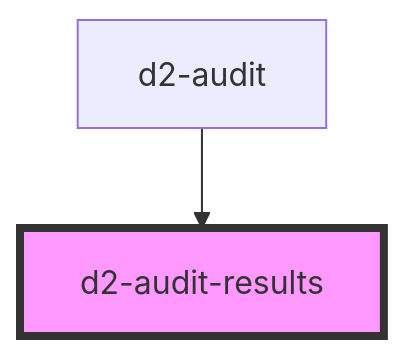
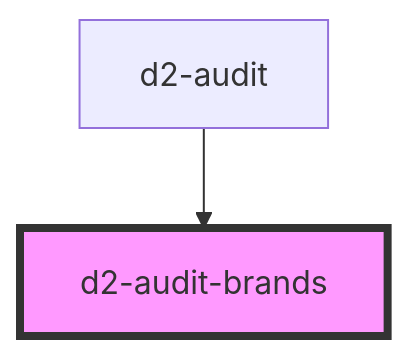
Before and after one commit to georgeadamson/bitbucket-repo-auditor: the diagram in src/components/d2-audit-brands/readme.md, drawn with Mermaid. The commit also changed other lines of this file and 31 other files, not shown here.

````diff
--- a/src/components/d2-audit-brands/readme.md
+++ b/src/components/d2-audit-brands/readme.md
@@ -23,5 +29,5 @@
 ```mermaid
 graph TD;
-  d2-audit --> d2-audit-results
-  style d2-audit-results fill:#f9f,stroke:#333,stroke-width:4px
+  d2-audit --> d2-audit-brands
+  style d2-audit-brands fill:#f9f,stroke:#333,stroke-width:4px
 ```
````
